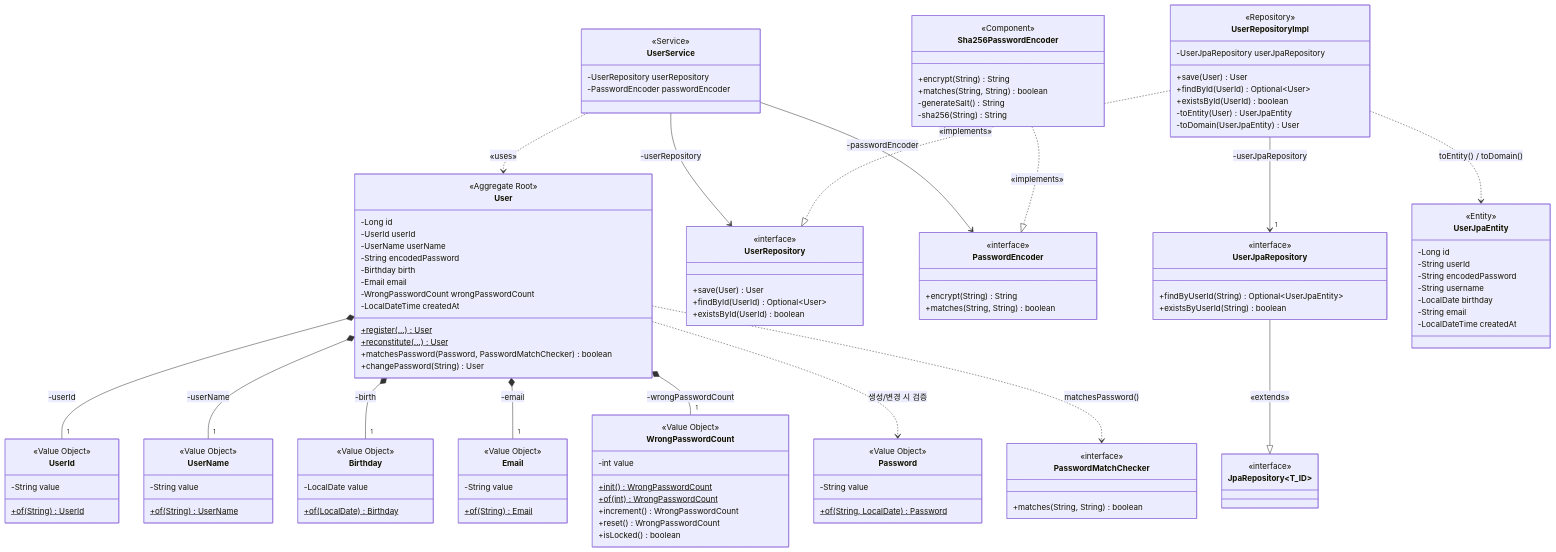
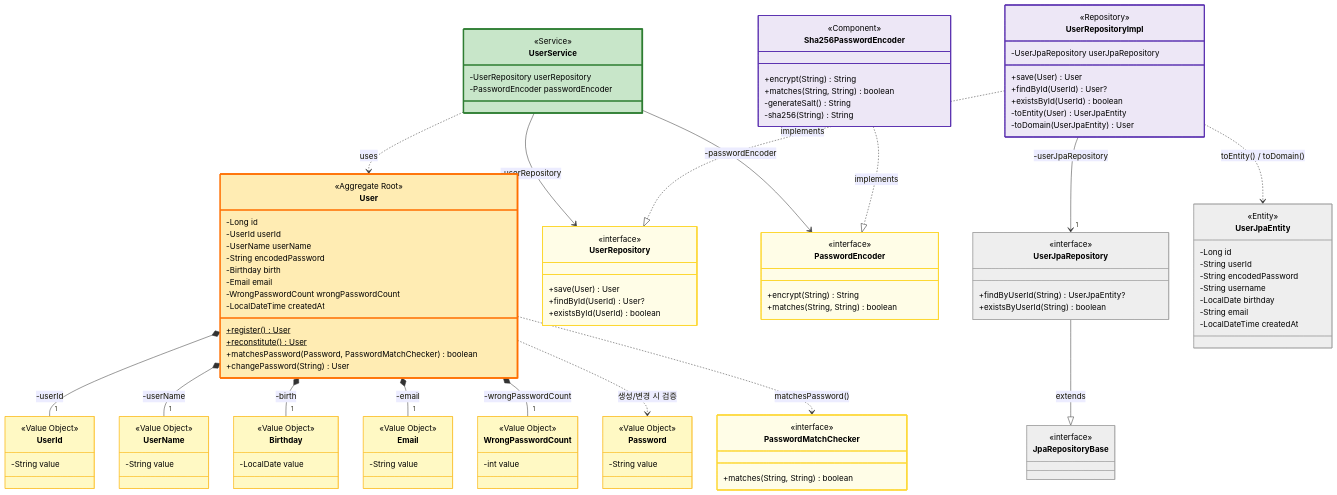
One commit to ukukdin/loop-pack-be-l2-vol3-java changed the third of 6 diagrams in .docs/design/03-class-diagram.md. Above: the diagram before and after it, drawn with Mermaid. The commit also changed other lines of this file and 1 other file, not shown here.

Commit message:
⏺ refactor: class-diagram 수정

````diff
--- a/.docs/design/03-class-diagram.md
+++ b/.docs/design/03-class-diagram.md
@@ -149,7 +183,6 @@
     %% ═══════════════════════════════════════
     %% Application (연결점)
     %% ═══════════════════════════════════════
-
     class UserService {
         <<Service>>
         -UserRepository userRepository
@@ -159,7 +192,6 @@
     %% ═══════════════════════════════════════
     %% Domain Layer
     %% ═══════════════════════════════════════
-
     class User {
         <<Aggregate Root>>
         -Long id
@@ -170,66 +202,47 @@
         -Email email
         -WrongPasswordCount wrongPasswordCount
         -LocalDateTime createdAt
-        +register(...)$ User
-        +reconstitute(...)$ User
+        +register() User$
+        +reconstitute() User$
         +matchesPassword(Password, PasswordMatchChecker) boolean
         +changePassword(String) User
     }
-
     class PasswordMatchChecker {
         <<interface>>
         <<FunctionalInterface>>
         +matches(String, String) boolean
     }
-
     class UserId {
         <<Value Object>>
         -String value
-        +of(String)$ UserId
     }
-
     class UserName {
         <<Value Object>>
         -String value
-        +of(String)$ UserName
     }
-
     class Password {
         <<Value Object>>
         -String value
-        +of(String, LocalDate)$ Password
     }
-
     class Email {
         <<Value Object>>
         -String value
-        +of(String)$ Email
     }
-
     class Birthday {
         <<Value Object>>
         -LocalDate value
-        +of(LocalDate)$ Birthday
     }
-
     class WrongPasswordCount {
         <<Value Object>>
         -int value
-        +init()$ WrongPasswordCount
-        +of(int)$ WrongPasswordCount
-        +increment() WrongPasswordCount
-        +reset() WrongPasswordCount
-        +isLocked() boolean
     }
-
     class UserRepository {
         <<interface>>
         <<Domain Port>>
         +save(User) User
-        +findById(UserId) Optional~User~
+        +findById(UserId) User?
         +existsById(UserId) boolean
     }
-
     class PasswordEncoder {
         <<interface>>
         <<Domain Port>>
@@ -240,24 +253,22 @@
     %% ═══════════════════════════════════════
     %% Infrastructure Layer
     %% ═══════════════════════════════════════
-
     class UserRepositoryImpl {
         <<Repository>>
+        <<Adapter>>
         -UserJpaRepository userJpaRepository
         +save(User) User
-        +findById(UserId) Optional~User~
+        +findById(UserId) User?
         +existsById(UserId) boolean
         -toEntity(User) UserJpaEntity
         -toDomain(UserJpaEntity) User
     }
-
     class UserJpaRepository {
         <<interface>>
         <<Spring Data JPA>>
-        +findByUserId(String) Optional~UserJpaEntity~
+        +findByUserId(String) UserJpaEntity?
         +existsByUserId(String) boolean
     }
-
     class UserJpaEntity {
         <<Entity>>
         -Long id
@@ -268,14 +279,13 @@
         -String email
         -LocalDateTime createdAt
     }
-
-    class JpaRepository~T_ID~ {
+    class JpaRepositoryBase {
         <<interface>>
         <<Spring Data>>
     }
-
     class Sha256PasswordEncoder {
         <<Component>>
+        <<Adapter>>
         +encrypt(String) String
         +matches(String, String) boolean
         -generateSalt() String
@@ -285,9 +295,9 @@
     %% --- Application → Domain (연관) ---
     UserService --> UserRepository : -userRepository
     UserService --> PasswordEncoder : -passwordEncoder
-    UserService ..> User : «uses»
+    UserService ..> User : uses
 
-    %% --- 합성 (Composition): User ◆── Value Objects ---
+    %% --- 합성 (Composition): User → Value Objects ---
     User *-- "1" UserId : -userId
     User *-- "1" UserName : -userName
     User *-- "1" Birthday : -birth
@@ -299,13 +309,45 @@
     User ..> PasswordMatchChecker : matchesPassword()
 
     %% --- 실체화 (Realization): Infrastructure → Domain Port ---
-    UserRepositoryImpl ..|> UserRepository : «implements»
-    Sha256PasswordEncoder ..|> PasswordEncoder : «implements»
+    UserRepositoryImpl ..|> UserRepository : implements
+    Sha256PasswordEncoder ..|> PasswordEncoder : implements
 
     %% --- 일반화 (Generalization): JPA 상속 ---
-    UserJpaRepository --|> JpaRepository~T_ID~ : «extends»
+    UserJpaRepository --|> JpaRepositoryBase : extends
 
     %% --- 연관/의존: Infrastructure 내부 ---
     UserRepositoryImpl --> "1" UserJpaRepository : -userJpaRepository
     UserRepositoryImpl ..> UserJpaEntity : toEntity() / toDomain()
+
+    %% ═══════════════════════════════════════
+    %% Styling
+    %% ═══════════════════════════════════════
+    
+    %% Application
+    style UserService fill:#c8e6c9,stroke:#2e7d32,stroke-width:3px,color:#000
+    
+    %% Domain - Aggregate Root
+    style User fill:#ffecb3,stroke:#ff6f00,stroke-width:3px,color:#000
+    
+    %% Domain - Value Objects
+    style UserId fill:#fff9c4,stroke:#fbc02d,stroke-width:1px,color:#000
+    style UserName fill:#fff9c4,stroke:#fbc02d,stroke-width:1px,color:#000
+    style Password fill:#fff9c4,stroke:#fbc02d,stroke-width:1px,color:#000
+    style Email fill:#fff9c4,stroke:#fbc02d,stroke-width:1px,color:#000
+    style Birthday fill:#fff9c4,stroke:#fbc02d,stroke-width:1px,color:#000
+    style WrongPasswordCount fill:#fff9c4,stroke:#fbc02d,stroke-width:1px,color:#000
+    
+    %% Domain - Ports
+    style UserRepository fill:#fffde7,stroke:#fdd835,stroke-width:2px,color:#000
+    style PasswordEncoder fill:#fffde7,stroke:#fdd835,stroke-width:2px,color:#000
+    style PasswordMatchChecker fill:#fffde7,stroke:#fdd835,stroke-width:2px,color:#000
+    
+    %% Infrastructure - Adapters
+    style UserRepositoryImpl fill:#ede7f6,stroke:#5e35b1,stroke-width:2px,color:#000
+    style Sha256PasswordEncoder fill:#ede7f6,stroke:#5e35b1,stroke-width:2px,color:#000
+    
+    %% Infrastructure - JPA
+    style UserJpaRepository fill:#eeeeee,stroke:#9e9e9e,stroke-width:1px,color:#000
+    style JpaRepositoryBase fill:#eeeeee,stroke:#9e9e9e,stroke-width:1px,color:#000
+    style UserJpaEntity fill:#eeeeee,stroke:#9e9e9e,stroke-width:1px,color:#000
 ```
````
